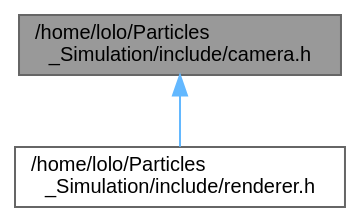
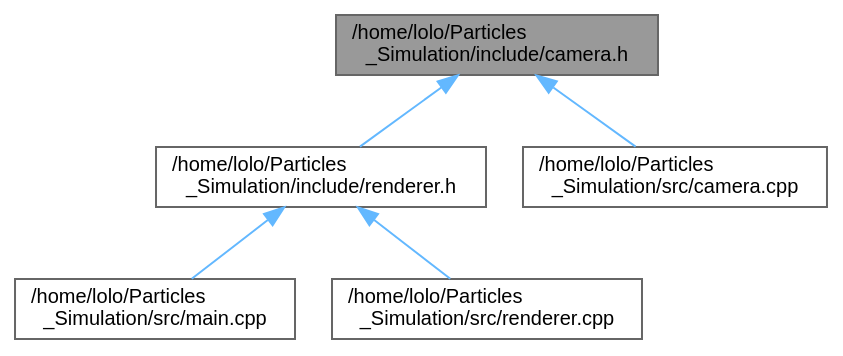
One commit to Kojittsu/Particles_Simulation changed the diagram in docs/camera_8h__dep__incl.dot. Above: the diagram before and after it, drawn with Graphviz. The commit also changed 136 other files, not shown here.

```diff
--- a/docs/camera_8h__dep__incl.dot
+++ b/docs/camera_8h__dep__incl.dot
@@ -1,10 +1,16 @@
 digraph "/home/lolo/Particles_Simulation/include/camera.h"
 {
  // LATEX_PDF_SIZE
   bgcolor="transparent";
   edge [fontname=Helvetica,fontsize=10,labelfontname=Helvetica,labelfontsize=10];
   node [fontname=Helvetica,fontsize=10,shape=box,height=0.2,width=0.4];
   Node1 [id="Node000001",label="/home/lolo/Particles\l_Simulation/include/camera.h",height=0.2,width=0.4,color="gray40", fillcolor="grey60", style="filled", fontcolor="black",tooltip=" "];
   Node1 -> Node2 [id="edge1_Node000001_Node000002",dir="back",color="steelblue1",style="solid",tooltip=" "];
   Node2 [id="Node000002",label="/home/lolo/Particles\l_Simulation/include/renderer.h",height=0.2,width=0.4,color="grey40", fillcolor="white", style="filled",URL="$renderer_8h.html",tooltip=" "];
+  Node2 -> Node3 [id="edge2_Node000002_Node000003",dir="back",color="steelblue1",style="solid",tooltip=" "];
+  Node3 [id="Node000003",label="/home/lolo/Particles\l_Simulation/src/main.cpp",height=0.2,width=0.4,color="grey40", fillcolor="white", style="filled",URL="$main_8cpp.html",tooltip=" "];
+  Node2 -> Node4 [id="edge3_Node000002_Node000004",dir="back",color="steelblue1",style="solid",tooltip=" "];
+  Node4 [id="Node000004",label="/home/lolo/Particles\l_Simulation/src/renderer.cpp",height=0.2,width=0.4,color="grey40", fillcolor="white", style="filled",URL="$renderer_8cpp.html",tooltip=" "];
+  Node1 -> Node5 [id="edge4_Node000001_Node000005",dir="back",color="steelblue1",style="solid",tooltip=" "];
+  Node5 [id="Node000005",label="/home/lolo/Particles\l_Simulation/src/camera.cpp",height=0.2,width=0.4,color="grey40", fillcolor="white", style="filled",URL="$camera_8cpp.html",tooltip=" "];
 }
```
